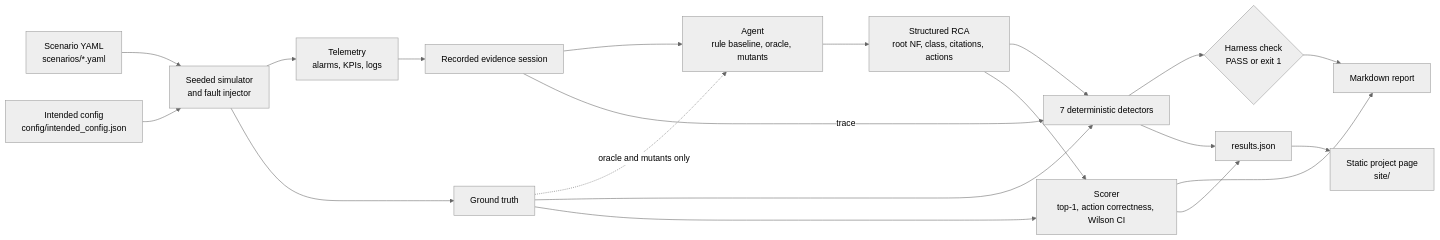
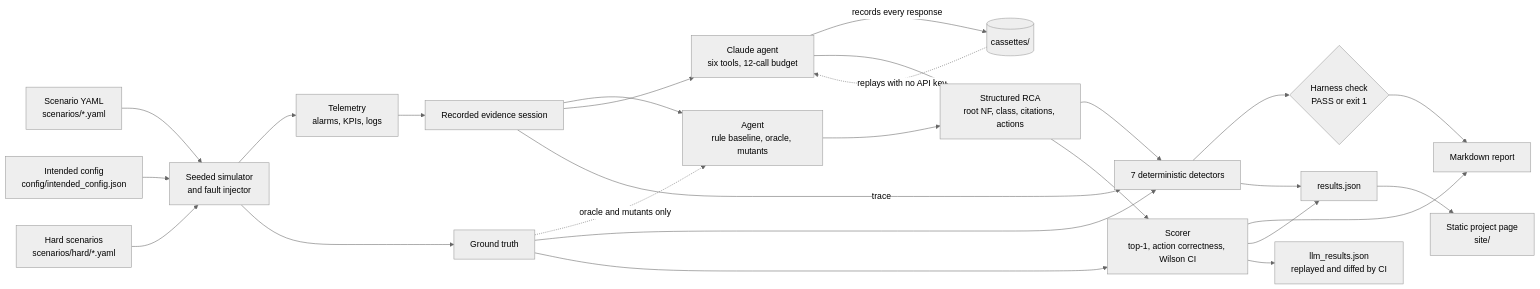
The diagram in README.md (soneeee22000/faultline-noc), drawn with Mermaid (neutral theme) before and after one commit. The commit also changed other lines of this file and 1 other file, not shown here.

````diff
--- a/README.md
+++ b/README.md
@@ -40,22 +40,28 @@
 ```mermaid
 flowchart LR
     yaml["Scenario YAML<br/>scenarios/*.yaml"] --> sim["Seeded simulator<br/>and fault injector"]
     cfg["Intended config<br/>config/intended_config.json"] --> sim
     sim --> tel["Telemetry<br/>alarms, KPIs, logs"]
     sim --> truth["Ground truth"]
+    hard["Hard scenarios<br/>scenarios/hard/*.yaml"] --> sim
     tel --> session["Recorded evidence session"]
     session --> agent["Agent<br/>rule baseline, oracle, mutants"]
     truth -. "oracle and mutants only" .-> agent
+    session --> llm["Claude agent<br/>six tools, 12-call budget"]
+    llm -- "records every response" --> cass[("cassettes/")]
+    cass -. "replays with no API key" .-> llm
     agent --> rca["Structured RCA<br/>root NF, class, citations, actions"]
+    llm --> rca
     session -- "trace" --> detectors["7 deterministic detectors"]
     rca --> detectors
     truth --> detectors
     rca --> scorer["Scorer<br/>top-1, action correctness, Wilson CI"]
     truth --> scorer
     detectors --> check{"Harness check<br/>PASS or exit 1"}
     scorer --> report["Markdown report"]
     check --> report
     scorer --> json["results.json"]
     detectors --> json
+    scorer --> llmjson["llm_results.json<br/>replayed and diffed by CI"]
     json --> site["Static project page<br/>site/"]
 ```
````
